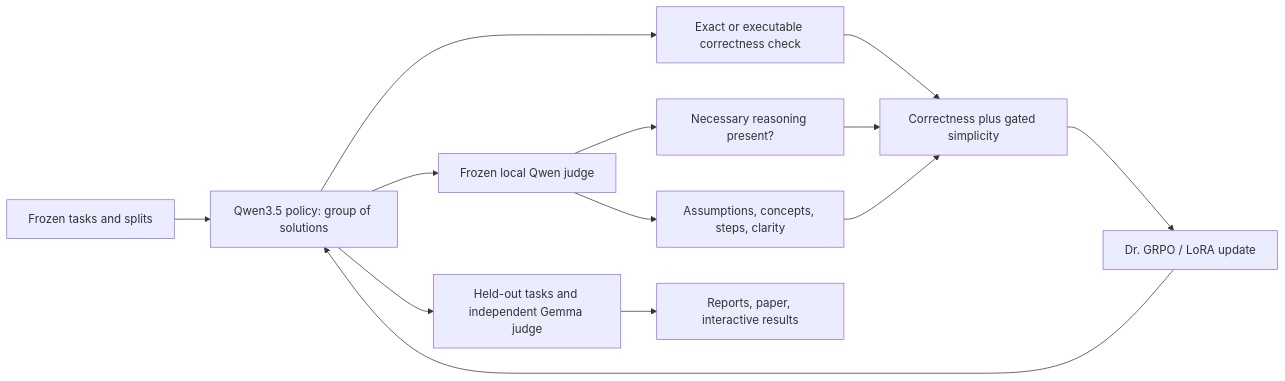
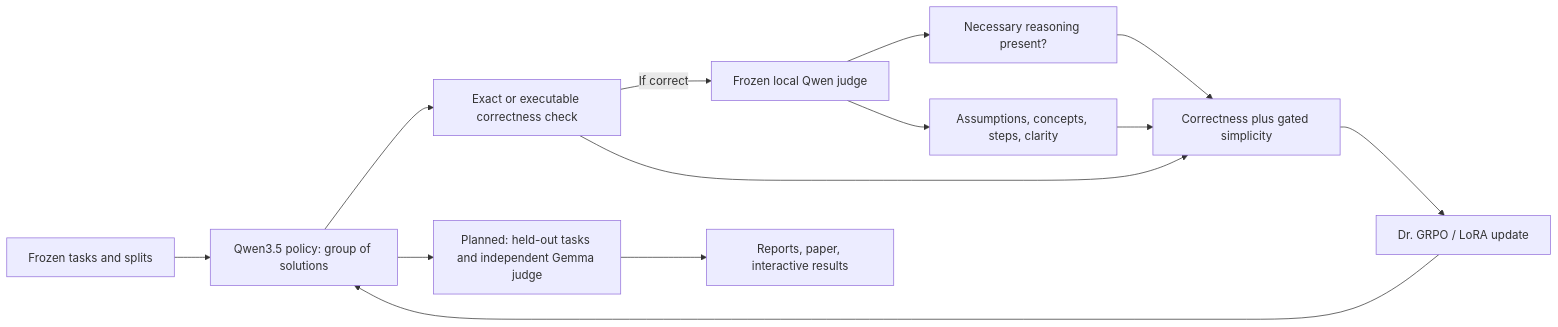
The diagram in README.md (BurnyCoder/occams-razor-reinforcement-learning-llm-as-a-judge), drawn with Mermaid before and after one commit. The commit also changed other lines of this file and 37 other files, not shown here.

````diff
--- a/README.md
+++ b/README.md
@@ -19,15 +19,15 @@
 ```mermaid
 flowchart LR
     D[Frozen tasks and splits] --> P[Qwen3.5 policy: group of solutions]
     P --> V[Exact or executable correctness check]
-    P --> J[Frozen local Qwen judge]
+    V -->|If correct| J[Frozen local Qwen judge]
     J --> A[Necessary reasoning present?]
     J --> S[Assumptions, concepts, steps, clarity]
     V --> R[Correctness plus gated simplicity]
     A --> R
     S --> R
     R --> G[Dr. GRPO / LoRA update]
     G --> P
-    P --> E[Held-out tasks and independent Gemma judge]
+    P --> E[Planned: held-out tasks and independent Gemma judge]
     E --> O[Reports, paper, interactive results]
 ```
````
